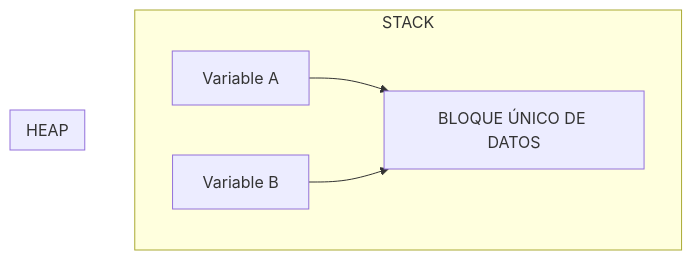
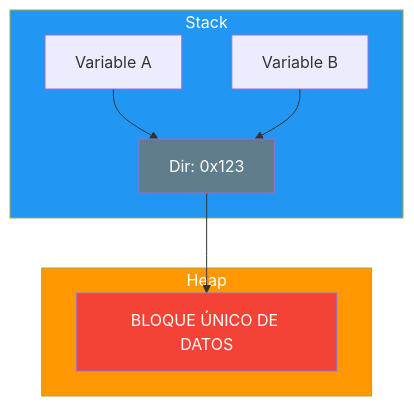
The fourth of 4 diagrams in 02-arrays-unidimensionales.md (joseluisgs/Programacion-03-2026-2027), drawn with Mermaid before and after one commit. The commit also changed other lines of this file and 7 other files, not shown here.

````diff
--- a/02-arrays-unidimensionales.md
+++ b/02-arrays-unidimensionales.md
@@ -308,10 +363,14 @@
 ```mermaid
 graph TD
-    subgraph STACK
-        VAR_A[Variable A] --> HEAP_PTR
-        VAR_B[Variable B] --> HEAP_PTR
+    subgraph STACK ["Stack"]
+        VA["Variable A"] --> PTR["Dir: 0x123"]
+        VB["Variable B"] --> PTR
     end
-    subgraph HEAP
-        HEAP_PTR["BLOQUE ÚNICO DE DATOS"]
+    subgraph HEAP ["Heap"]
+        PTR --> DATOS["BLOQUE ÚNICO DE DATOS"]
     end
+    style STACK fill:#2196F3,color:#fff
+    style HEAP fill:#FF9800,color:#fff
+    style PTR fill:#607D8B,color:#fff
+    style DATOS fill:#f44336,color:#fff
 ```
````
